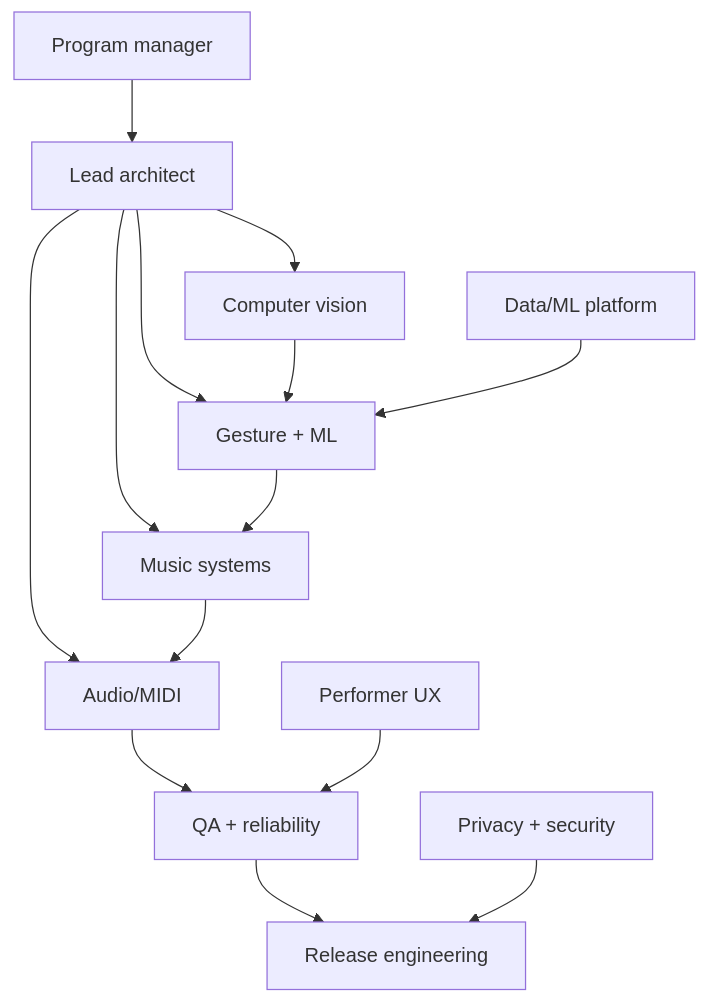
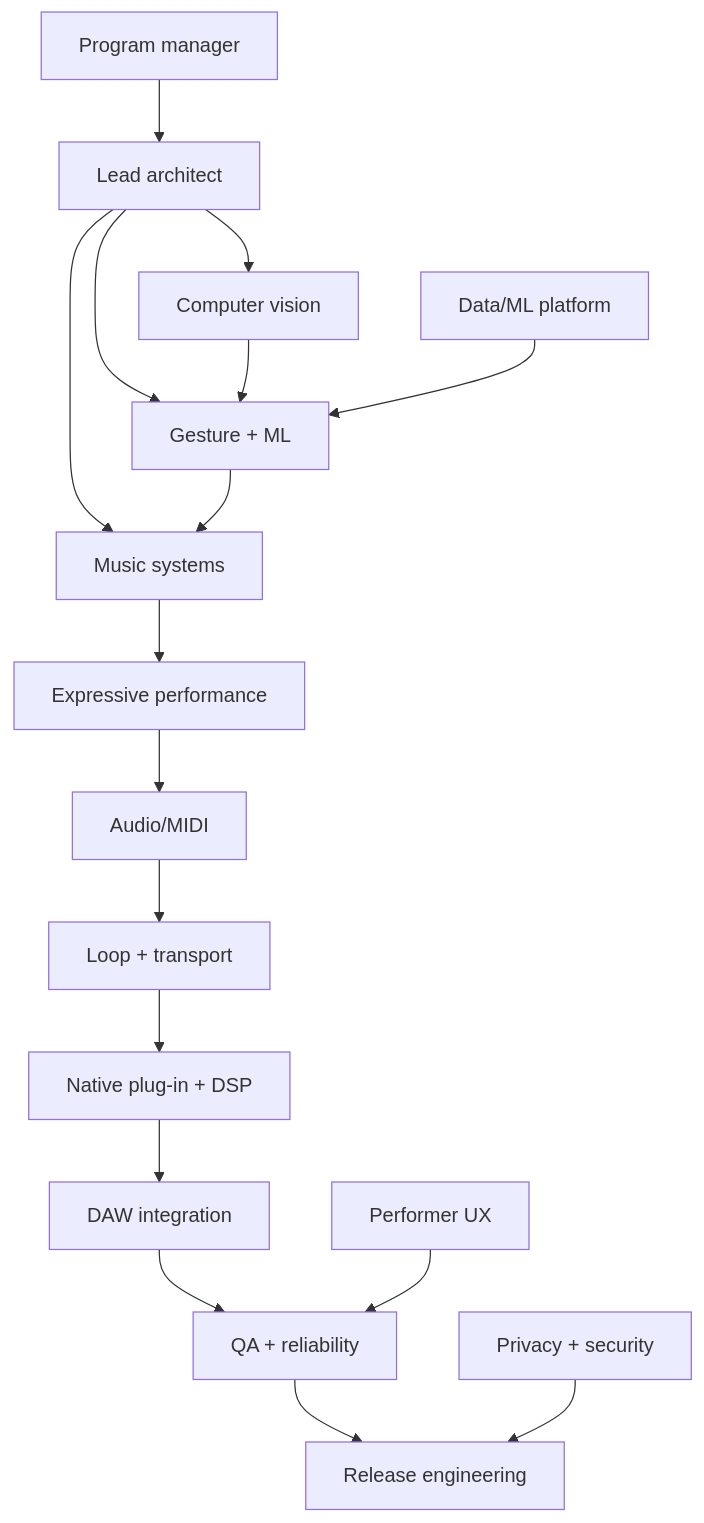
Before and after one commit to shishirsambabu/sammyblaze.wav: the diagram in docs/AI_TEAM.md, drawn with Mermaid. The commit also changed 48 other files, not shown here.

````diff
--- a/docs/AI_TEAM.md
+++ b/docs/AI_TEAM.md
@@ -15,16 +15,19 @@
 ```mermaid
 flowchart TD
   PM[Program manager] --> ARCH[Lead architect]
   ARCH --> CV[Computer vision]
   ARCH --> GEST[Gesture + ML]
   ARCH --> MUSIC[Music systems]
-  ARCH --> AUDIO[Audio/MIDI]
+  MUSIC --> PERF[Expressive performance]
+  PERF --> AUDIO[Audio/MIDI]
+  AUDIO --> LOOP[Loop + transport]
+  LOOP --> NATIVE[Native plug-in + DSP]
+  NATIVE --> DAW[DAW integration]
   CV --> GEST
   GEST --> MUSIC
-  MUSIC --> AUDIO
-  AUDIO --> QA[QA + reliability]
+  DAW --> QA[QA + reliability]
   QA --> REL[Release engineering]
   DATA[Data/ML platform] --> GEST
   UX[Performer UX] --> QA
   SEC[Privacy + security] --> REL
 ```
````
